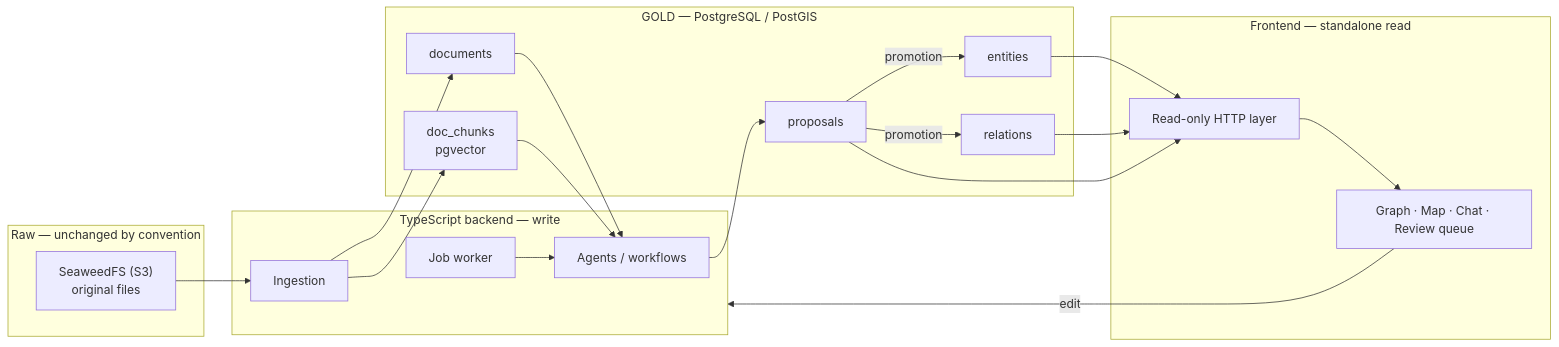
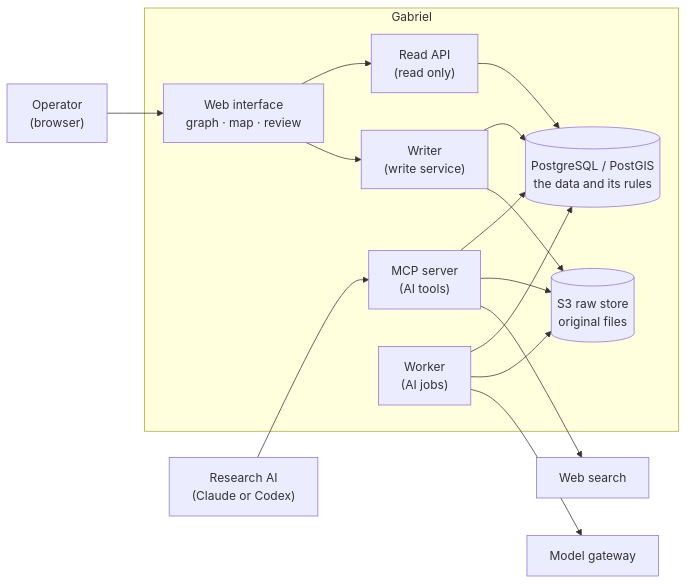
One commit to gabriel-neutron/GAB changed the diagram in docs/spec.md. Above: the diagram before and after it, drawn with Mermaid. The commit also changed other lines of this file and 55 other files, not shown here.

First line of the commit message:
chore: the matt pocock skills replace the custom workflows, and the docs keep only the why

````diff
--- a/docs/spec.md
+++ b/docs/spec.md
@@ -22,40 +9,29 @@
 ```mermaid
 flowchart LR
-    subgraph RAW["Raw — unchanged by convention"]
-        S3["SeaweedFS (S3)<br/>original files"]
+    OP["Operator<br/>(browser)"]
+    AI["Research AI<br/>(Claude or Codex)"]
+
+    subgraph APP["Gabriel"]
+        UI["Web interface<br/>graph · map · review"]
+        READ["Read API<br/>(read only)"]
+        WRITE["Writer<br/>(write service)"]
+        MCP["MCP server<br/>(AI tools)"]
+        WORK["Worker<br/>(AI jobs)"]
+        DB[("PostgreSQL / PostGIS<br/>the data and its rules")]
+        RAW[("S3 raw store<br/>original files")]
     end
 
-    subgraph GOLD["GOLD — PostgreSQL / PostGIS"]
-        DOC["documents"]
-        ENT["entities"]
-        REL["relations"]
-        PRO["proposals"]
-        VEC["doc_chunks<br/>pgvector"]
-    end
+    MODEL["Model gateway"]
+    SEARCH["Web search"]
 
-    subgraph BACK["TypeScript backend — write"]
-        ING["Ingestion"]
-        AGT["Agents / workflows"]
-        JOB["Job worker"]
-    end
-
-    subgraph FRONT["Frontend — standalone read"]
-        RO["Read-only HTTP layer"]
-        UI["Graph · Map · Chat · Review queue"]
-    end
-
-    S3 --> ING
-    ING --> DOC
-    ING --> VEC
-    DOC --> AGT
-    VEC --> AGT
-    AGT --> PRO
-    PRO -->|promotion| ENT
-    PRO -->|promotion| REL
-    JOB --> AGT
-    ENT --> RO
-    REL --> RO
-    PRO --> RO
-    RO --> UI
-    UI -->|edit| BACK
+    OP --> UI
+    UI --> READ --> DB
+    UI --> WRITE --> DB
+    WRITE --> RAW
+    AI --> MCP --> DB
+    MCP --> RAW
+    MCP --> SEARCH
+    WORK --> DB
+    WORK --> RAW
+    WORK --> MODEL
 ```
````
